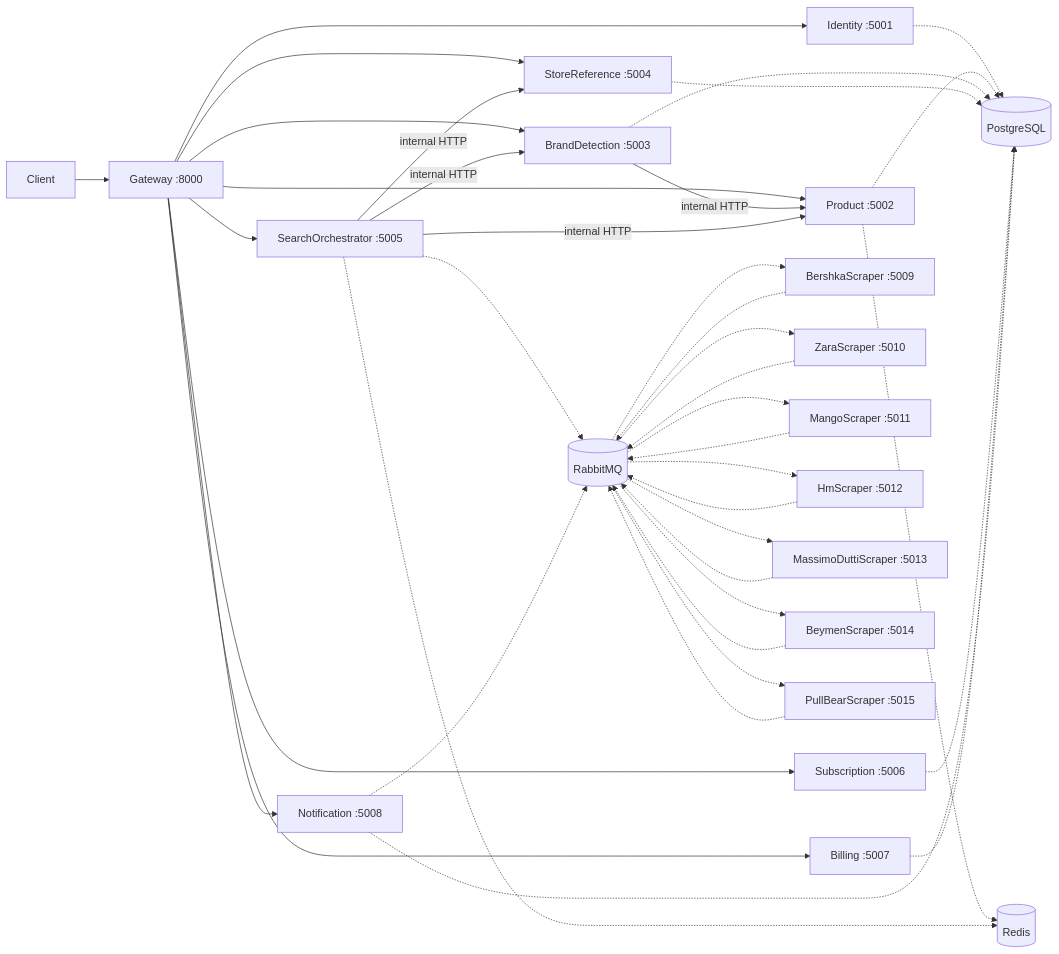
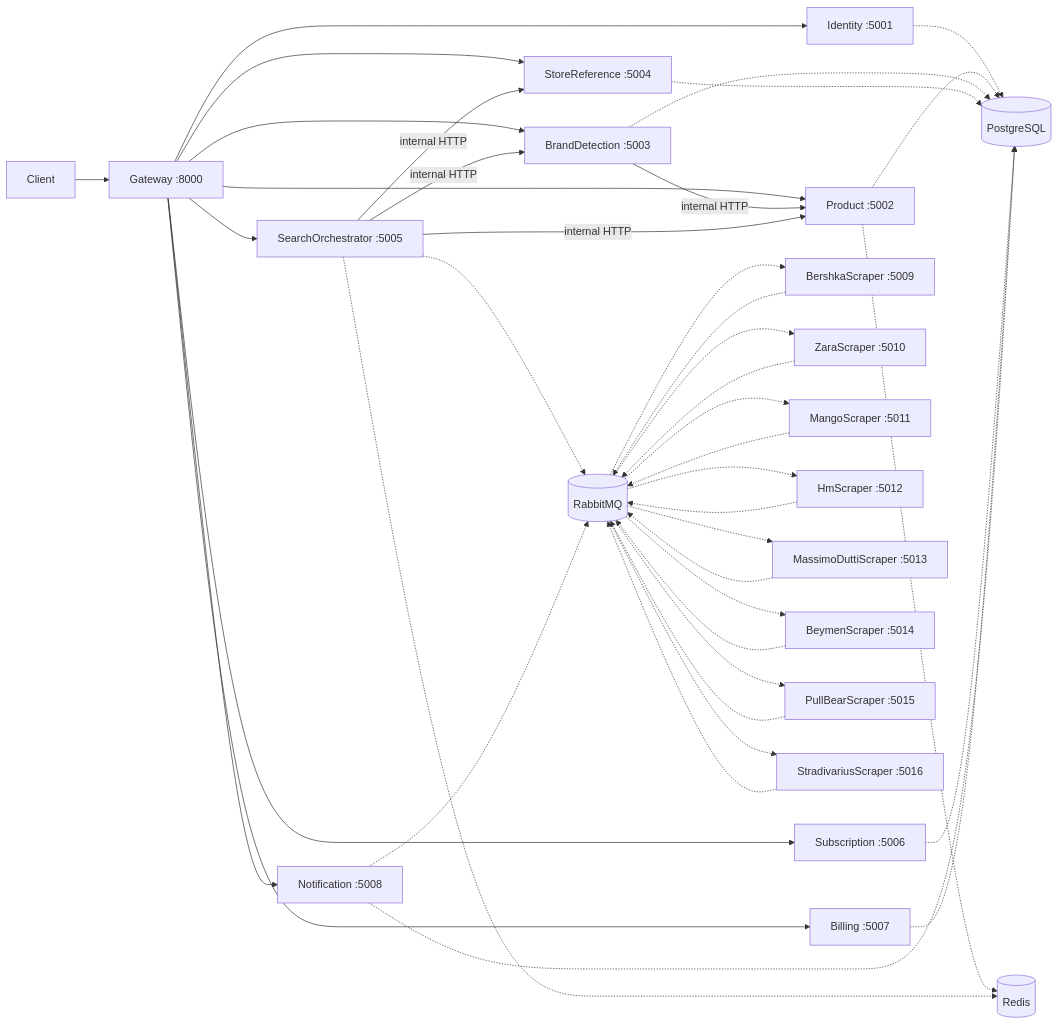
One commit to hnbirsen/StockTracker changed the diagram in README.md. Above: the diagram before and after it, drawn with Mermaid. The commit also changed other lines of this file and 27 other files, not shown here.

````diff
--- a/README.md
+++ b/README.md
@@ -25,45 +25,47 @@
 ```mermaid
 flowchart LR
     Client[Client] --> Gateway[Gateway :8000]
 
     Gateway --> Identity[Identity :5001]
     Gateway --> Product[Product :5002]
     Gateway --> Brand[BrandDetection :5003]
     Gateway --> Store[StoreReference :5004]
     Gateway --> Search[SearchOrchestrator :5005]
     Gateway --> Subscription[Subscription :5006]
     Gateway --> Billing[Billing :5007]
     Gateway --> Notification[Notification :5008]
 
     Brand -->|internal HTTP| Product
     Search -->|internal HTTP| Product
     Search -->|internal HTTP| Brand
     Search -->|internal HTTP| Store
 
     Identity -.-> PG[(PostgreSQL)]
     Product -.-> PG
     Brand -.-> PG
     Store -.-> PG
     Subscription -.-> PG
     Billing -.-> PG
     Notification -.-> PG
 
     Product -.-> Redis[(Redis)]
     Search -.-> Redis
     Search -.-> MQ[(RabbitMQ)]
     Notification -.-> MQ
     MQ -.-> Scraper[BershkaScraper :5009]
     Scraper -.-> MQ
     MQ -.-> ZaraScraper[ZaraScraper :5010]
     ZaraScraper -.-> MQ
     MQ -.-> MangoScraper[MangoScraper :5011]
     MangoScraper -.-> MQ
     MQ -.-> HmScraper[HmScraper :5012]
     HmScraper -.-> MQ
     MQ -.-> MassimoDuttiScraper[MassimoDuttiScraper :5013]
     MassimoDuttiScraper -.-> MQ
     MQ -.-> BeymenScraper[BeymenScraper :5014]
     BeymenScraper -.-> MQ
     MQ -.-> PullBearScraper[PullBearScraper :5015]
     PullBearScraper -.-> MQ
+    MQ -.-> StradivariusScraper[StradivariusScraper :5016]
+    StradivariusScraper -.-> MQ
 ```
````
